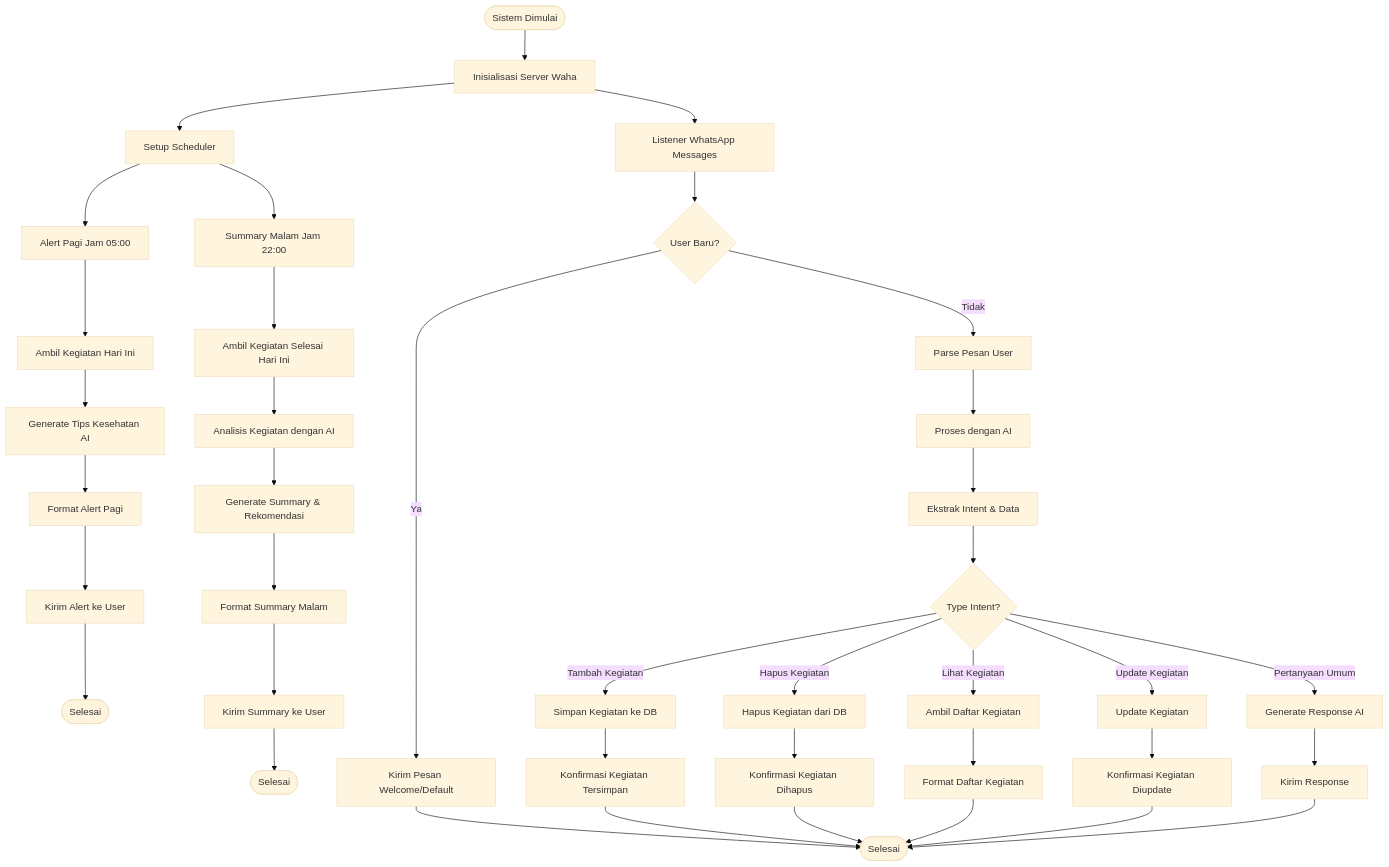
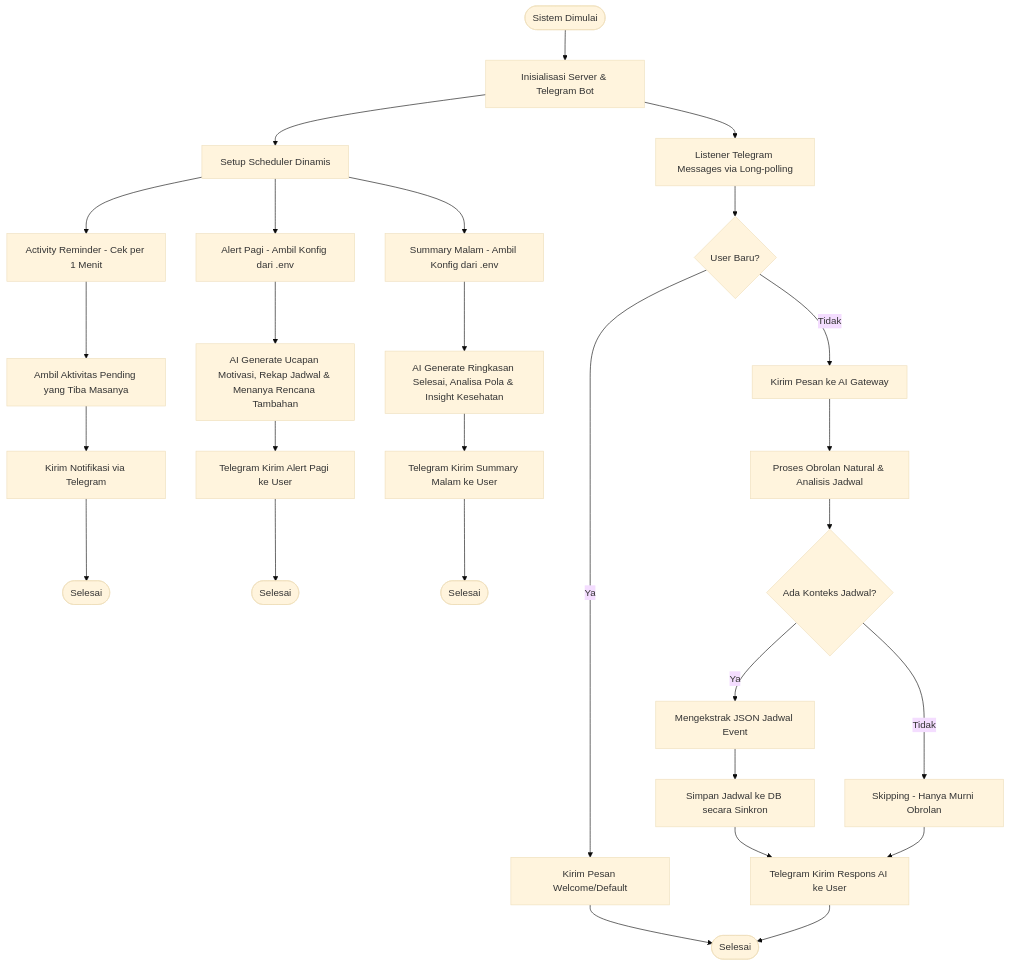
Before and after one commit to RhmnDev14/smart_alert_system: the first of 6 diagrams in FLOWCHART.md, drawn with Mermaid (base theme). The commit also changed other lines of this file and 8 other files, not shown here.

Commit message:
fixing bot respone message

````diff
--- a/FLOWCHART.md
+++ b/FLOWCHART.md
@@ -5,50 +5,40 @@
 ```mermaid
 flowchart TD
-    Start([Sistem Dimulai]) --> Init[Inisialisasi Server Waha]
-    Init --> Scheduler[Setup Scheduler]
-    Scheduler --> MorningAlert[Alert Pagi Jam 05:00]
-    Scheduler --> EveningSummary[Summary Malam Jam 22:00]
-    
-    Init --> WhatsAppListener[Listener WhatsApp Messages]
-    
-    WhatsAppListener --> CheckUser{User Baru?}
+    Start([Sistem Dimulai]) --> Init[Inisialisasi Server & Telegram Bot]
+    Init --> Scheduler[Setup Scheduler Dinamis]
+
+    Scheduler --> RealtimeReminder[Activity Reminder - Cek per 1 Menit]
+    Scheduler --> MorningAlert[Alert Pagi - Ambil Konfig dari .env]
+    Scheduler --> EveningSummary[Summary Malam - Ambil Konfig dari .env]
+
+    Init --> TelegramListener[Listener Telegram Messages via Long-polling]
+
+    TelegramListener --> CheckUser{User Baru?}
     CheckUser -->|Ya| SendWelcome[Kirim Pesan Welcome/Default]
-    CheckUser -->|Tidak| ParseMessage[Parse Pesan User]
-    
+    CheckUser -->|Tidak| AIGateway[Kirim Pesan ke AI Gateway]
+
     SendWelcome --> EndMsg([Selesai])
-    
-    ParseMessage --> AIProcess[Proses dengan AI]
-    AIProcess --> ExtractIntent[Ekstrak Intent & Data]
-    ExtractIntent --> IntentType{Type Intent?}
-    
-    IntentType -->|Tambah Kegiatan| SaveActivity[Simpan Kegiatan ke DB]
-    IntentType -->|Hapus Kegiatan| DeleteActivity[Hapus Kegiatan dari DB]
-    IntentType -->|Lihat Kegiatan| GetActivities[Ambil Daftar Kegiatan]
-    IntentType -->|Update Kegiatan| UpdateActivity[Update Kegiatan]
-    IntentType -->|Pertanyaan Umum| GenerateResponse[Generate Response AI]
-    
-    SaveActivity --> ConfirmSave[Konfirmasi Kegiatan Tersimpan]
-    DeleteActivity --> ConfirmDelete[Konfirmasi Kegiatan Dihapus]
-    GetActivities --> FormatActivities[Format Daftar Kegiatan]
-    UpdateActivity --> ConfirmUpdate[Konfirmasi Kegiatan Diupdate]
-    GenerateResponse --> SendResponse[Kirim Response]
-    
-    ConfirmSave --> EndMsg
-    ConfirmDelete --> EndMsg
-    FormatActivities --> EndMsg
-    ConfirmUpdate --> EndMsg
-    SendResponse --> EndMsg
-    
-    MorningAlert --> GetTodayActivities[Ambil Kegiatan Hari Ini]
-    GetTodayActivities --> GenerateHealthTips[Generate Tips Kesehatan AI]
-    GenerateHealthTips --> FormatMorningAlert[Format Alert Pagi]
-    FormatMorningAlert --> SendMorningAlert[Kirim Alert ke User]
+
+    AIGateway --> ProcessMsg[Proses Obrolan Natural & Analisis Jadwal]
+    ProcessMsg --> CheckSchedule{Ada Konteks Jadwal?}
+
+    CheckSchedule -->|Ya| ExtractData[Mengekstrak JSON Jadwal Event]
+    CheckSchedule -->|Tidak| SkipExtract[Skipping - Hanya Murni Obrolan]
+
+    ExtractData --> InsertDB[Simpan Jadwal ke DB secara Sinkron]
+    InsertDB --> SendAIResponse[Telegram Kirim Respons AI ke User]
+    SkipExtract --> SendAIResponse
+    SendAIResponse --> EndMsg
+
+    MorningAlert --> ProcessMorning[AI Generate Ucapan Motivasi, Rekap Jadwal & Menanya Rencana Tambahan]
+    ProcessMorning --> SendMorningAlert[Telegram Kirim Alert Pagi ke User]
     SendMorningAlert --> EndAlert([Selesai])
-    
-    EveningSummary --> GetTodayCompleted[Ambil Kegiatan Selesai Hari Ini]
-    GetTodayCompleted --> AnalyzeActivities[Analisis Kegiatan dengan AI]
-    AnalyzeActivities --> GenerateSummary[Generate Summary & Rekomendasi]
-    GenerateSummary --> FormatEveningSummary[Format Summary Malam]
-    FormatEveningSummary --> SendEveningSummary[Kirim Summary ke User]
+
+    EveningSummary --> ProcessEvening[AI Generate Ringkasan Selesai, Analisa Pola & Insight Kesehatan]
+    ProcessEvening --> SendEveningSummary[Telegram Kirim Summary Malam ke User]
     SendEveningSummary --> EndSummary([Selesai])
+
+    RealtimeReminder --> FetchPending[Ambil Aktivitas Pending yang Tiba Masanya]
+    FetchPending --> SendReminder[Kirim Notifikasi via Telegram]
+    SendReminder --> EndReminder([Selesai])
 ```
````
